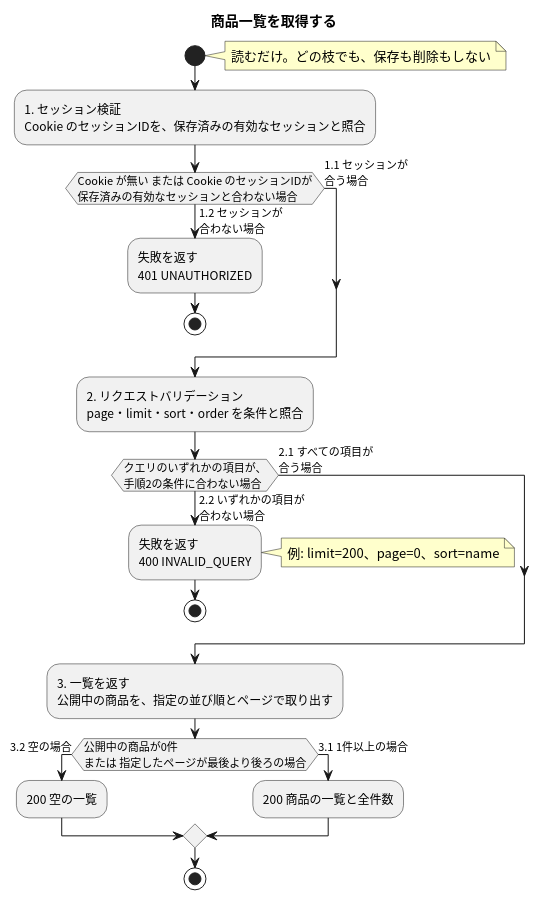
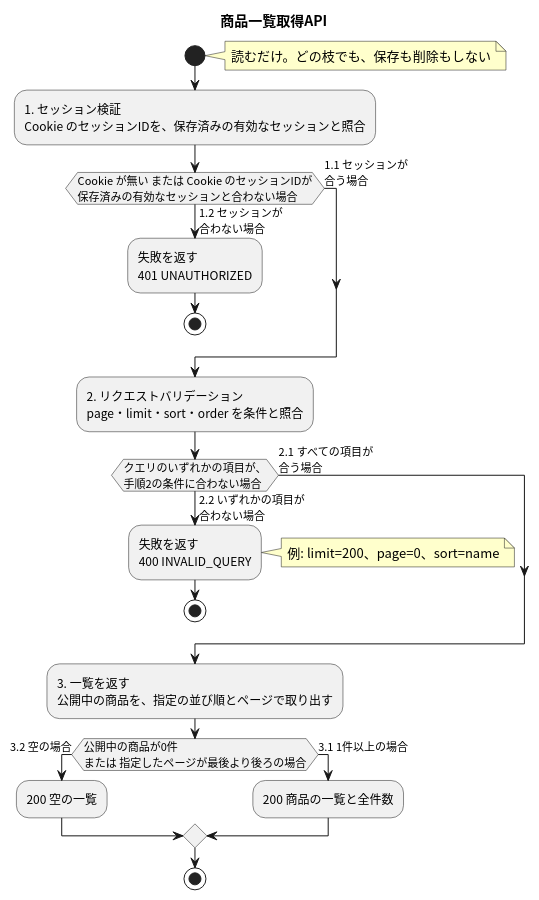
Before and after one commit to masamasamasato/design-doc-template: the diagram in apis/list-products/flow.puml, drawn with PlantUML. The commit also changed 95 other files, not shown here.

```diff
--- a/apis/list-products/flow.puml
+++ b/apis/list-products/flow.puml
@@ -3,31 +3,31 @@
 @startuml
 skinparam shadowing false
 skinparam defaultFontName "Noto Sans CJK JP"
 skinparam ActivityFontName "Noto Sans CJK JP"
 skinparam NoteBackgroundColor #FFFFCC
 
-title 商品一覧を取得する
+title 商品一覧取得API
 
 start
 note right: 読むだけ。どの枝でも、保存も削除もしない
 :1. セッション検証\nCookie のセッションIDを、保存済みの有効なセッションと照合;
 if (Cookie が無い または Cookie のセッションIDが\n保存済みの有効なセッションと合わない場合) then (1.2 セッションが\n合わない場合)
   :失敗を返す\n401 UNAUTHORIZED;
   stop
 else (1.1 セッションが\n合う場合)
 endif
 :2. リクエストバリデーション\npage・limit・sort・order を条件と照合;
 if (クエリのいずれかの項目が、\n手順2の条件に合わない場合) then (2.2 いずれかの項目が\n合わない場合)
   :失敗を返す\n400 INVALID_QUERY;
   note right: 例: limit=200、page=0、sort=name
   stop
 else (2.1 すべての項目が\n合う場合)
 endif
 :3. 一覧を返す\n公開中の商品を、指定の並び順とページで取り出す;
 if (公開中の商品が0件\nまたは 指定したページが最後より後ろの場合) then (3.2 空の場合)
   :200 空の一覧;
 else (3.1 1件以上の場合)
   :200 商品の一覧と全件数;
 endif
 stop
 @enduml
```
